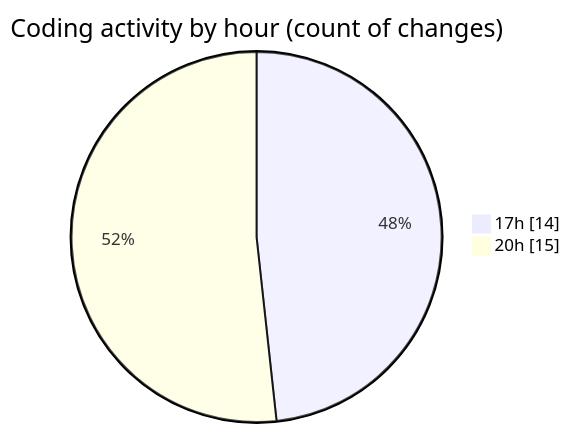
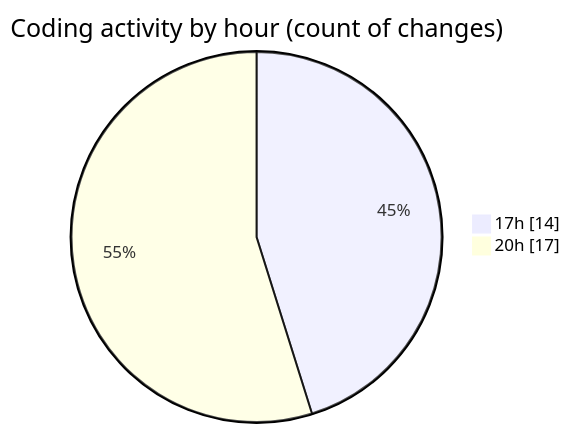
One commit to charlie-sans/code-tracking changed the second of 2 diagrams in 2025-03-11/jmasm/README.md. Above: the diagram before and after it, drawn with Mermaid. The commit also changed other lines of this file and 1 other file, not shown here.

````diff
--- a/2025-03-11/jmasm/README.md
+++ b/2025-03-11/jmasm/README.md
@@ -35,6 +35,6 @@
 ```mermaid
 pie showData
 title Coding activity by hour (count of changes)
 "17h" : 14
-"20h" : 15
+"20h" : 17
 ```
````
